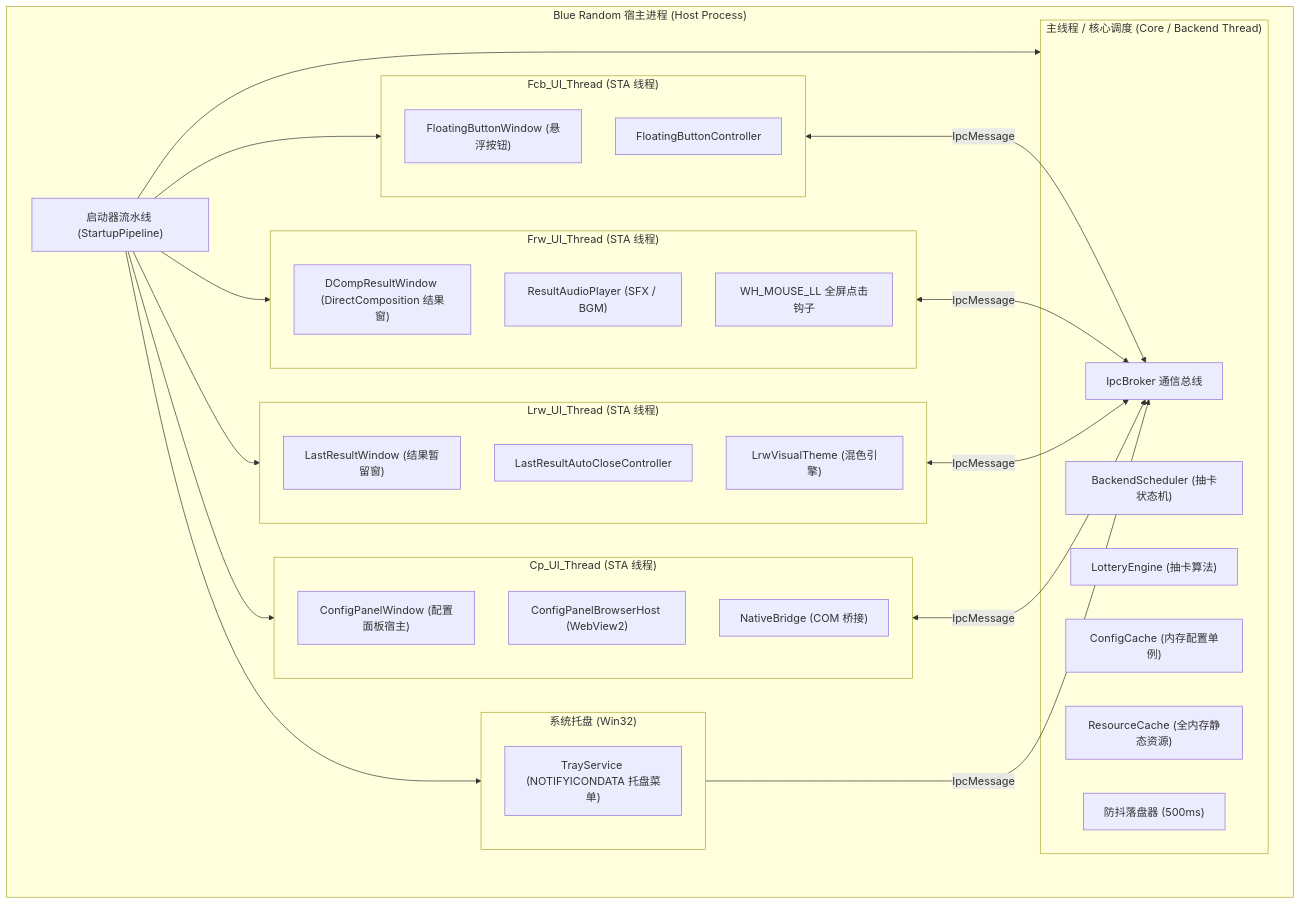
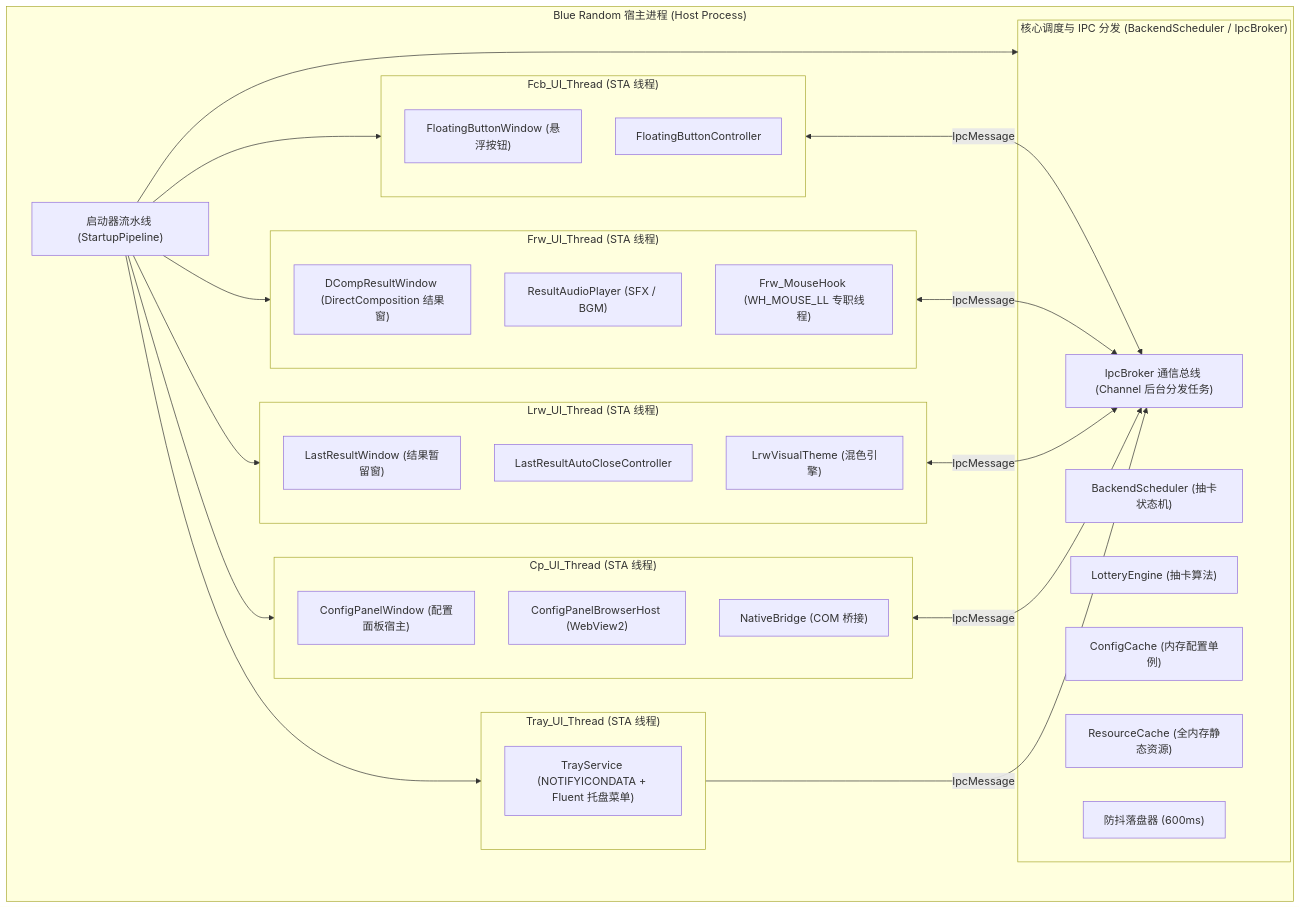
Before and after one commit to Yun-Hydrogen/blue-random: the first of 5 diagrams in agents/Architecture.md, drawn with Mermaid. The commit also changed other lines of this file and 31 other files, not shown here.

````diff
--- a/agents/Architecture.md
+++ b/agents/Architecture.md
@@ -11,55 +11,55 @@
 ```mermaid
 flowchart TD
     subgraph HostProcess ["Blue Random 宿主进程 (Host Process)"]
         Init["启动器流水线 (StartupPipeline)"]
 
-        subgraph CoreThread ["主线程 / 核心调度 (Core / Backend Thread)"]
-            IpcBus["IpcBroker 通信总线"]
+        subgraph CoreThread ["核心调度与 IPC 分发 (BackendScheduler / IpcBroker)"]
+            IpcBus["IpcBroker 通信总线 (Channel 后台分发任务)"]
             Scheduler["BackendScheduler (抽卡状态机)"]
             Engine["LotteryEngine (抽卡算法)"]
             CCache["ConfigCache (内存配置单例)"]
             RCache["ResourceCache (全内存静态资源)"]
-            Debounce["防抖落盘器 (500ms)"]
+            Debounce["防抖落盘器 (600ms)"]
         end
 
         subgraph FcbThread ["Fcb_UI_Thread (STA 线程)"]
             FCB["FloatingButtonWindow (悬浮按钮)"]
             FcbCtrl["FloatingButtonController"]
         end
 
         subgraph FrwThread ["Frw_UI_Thread (STA 线程)"]
             FRW["DCompResultWindow (DirectComposition 结果窗)"]
             Audio["ResultAudioPlayer (SFX / BGM)"]
-            MouseHook["WH_MOUSE_LL 全屏点击钩子"]
+            MouseHook["Frw_MouseHook (WH_MOUSE_LL 专职线程)"]
         end
 
         subgraph LrwThread ["Lrw_UI_Thread (STA 线程)"]
             LRW["LastResultWindow (结果暂留窗)"]
             LrwCtrl["LastResultAutoCloseController"]
             LrwTheme["LrwVisualTheme (混色引擎)"]
         end
 
         subgraph CpThread ["Cp_UI_Thread (STA 线程)"]
             CP["ConfigPanelWindow (配置面板宿主)"]
             WV2["ConfigPanelBrowserHost (WebView2)"]
             Bridge["NativeBridge (COM 桥接)"]
         end
 
-        subgraph TrayServiceGroup ["系统托盘 (Win32)"]
-            Tray["TrayService (NOTIFYICONDATA 托盘菜单)"]
+        subgraph TrayThread ["Tray_UI_Thread (STA 线程)"]
+            Tray["TrayService (NOTIFYICONDATA + Fluent 托盘菜单)"]
         end
     end
 
     Init --> CoreThread
     Init --> FcbThread
     Init --> FrwThread
     Init --> LrwThread
     Init --> CpThread
-    Init --> TrayServiceGroup
+    Init --> TrayThread
 
     FcbThread <-->|IpcMessage| IpcBus
     FrwThread <-->|IpcMessage| IpcBus
     LrwThread <-->|IpcMessage| IpcBus
     CpThread <-->|IpcMessage| IpcBus
-    TrayServiceGroup -->|IpcMessage| IpcBus
+    TrayThread -->|IpcMessage| IpcBus
 ```
````
